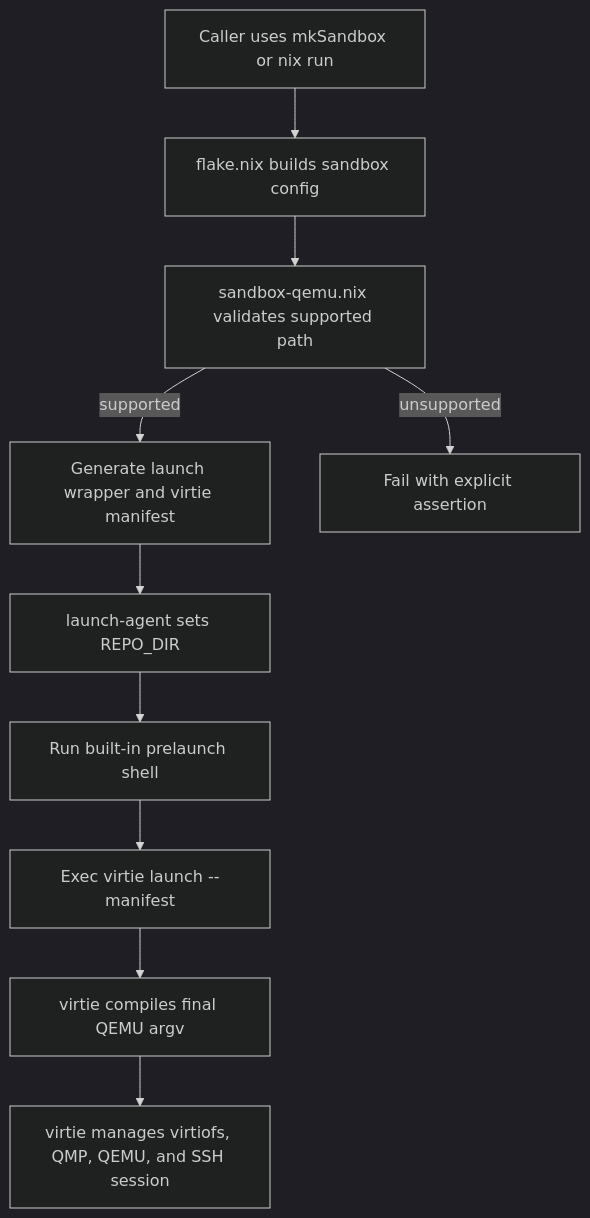
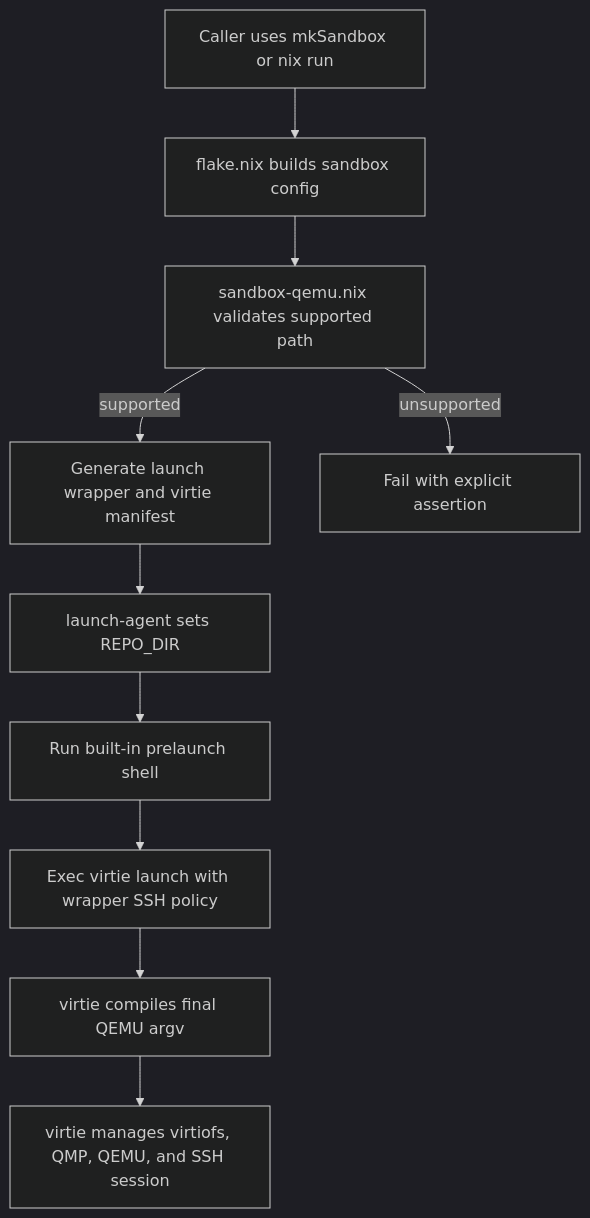
Before and after one commit to shazow/agentspace: the diagram in .specs/agentspace.md, drawn with Mermaid (dark theme). The commit also changed other lines of this file and 15 other files, not shown here.

First line of the commit message:
virtie: Make SSH attachment explicit

````diff
--- a/.specs/agentspace.md
+++ b/.specs/agentspace.md
@@ -74,12 +76,12 @@
 ```mermaid
 flowchart TD
   A[Caller uses mkSandbox or nix run] --> B[flake.nix builds sandbox config]
   B --> C[sandbox-qemu.nix validates supported path]
   C -->|supported| D[Generate launch wrapper and virtie manifest]
   C -->|unsupported| E[Fail with explicit assertion]
   D --> F[launch-agent sets REPO_DIR]
   F --> G[Run built-in prelaunch shell]
-  G --> H[Exec virtie launch --manifest]
+  G --> H[Exec virtie launch with wrapper SSH policy]
   H --> I[virtie compiles final QEMU argv]
   I --> J[virtie manages virtiofs, QMP, QEMU, and SSH session]
 ```
````
